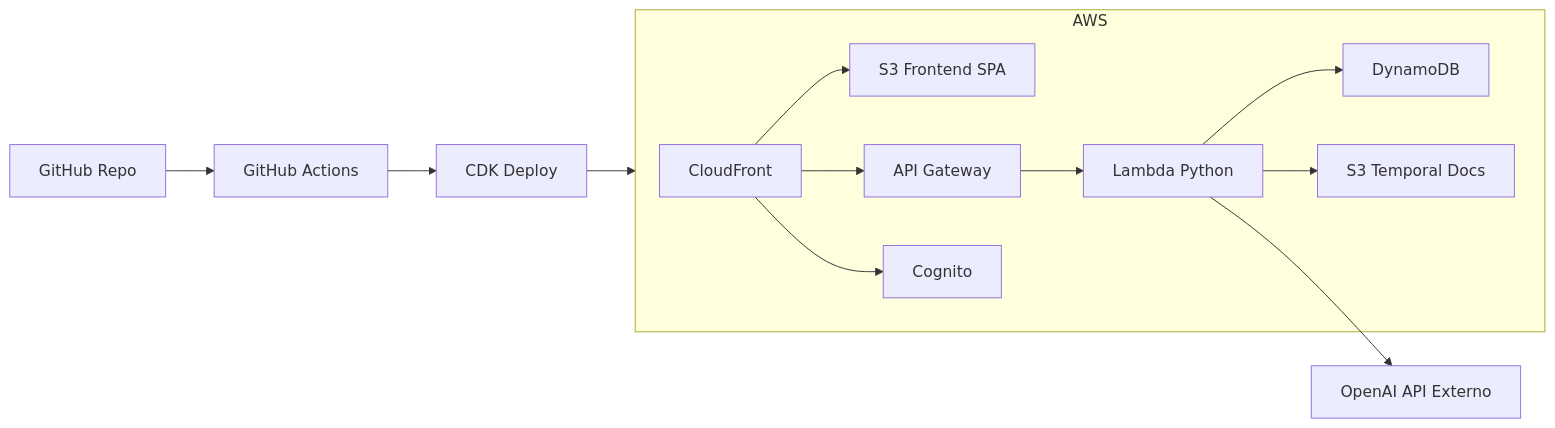
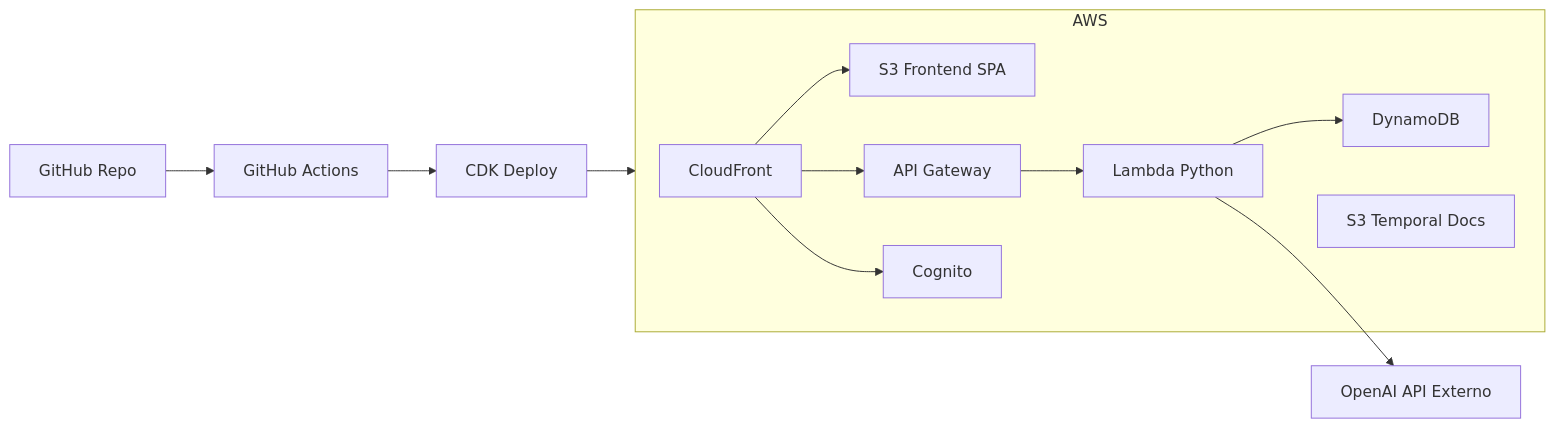
Before and after one commit to hdballestan/ISAIA_gupo1: the sixth of 7 diagrams in README.md, drawn with Mermaid. The commit also changed other lines of this file and 2 other files, not shown here.

````diff
--- a/README.md
+++ b/README.md
@@ -411,24 +406,23 @@
 ```mermaid
 flowchart LR
   GH[GitHub Repo] --> GHA[GitHub Actions]
   GHA --> CDK[CDK Deploy]
   CDK --> AWS[AWS Account]
 
   subgraph AWS
     CF[CloudFront]
     S3F[S3 Frontend SPA]
     APIGW[API Gateway]
     L[Lambda Python]
     DDB[DynamoDB]
     S3T[S3 Temporal Docs]
     COG[Cognito]
   end
 
   CF --> S3F
   CF --> APIGW
   APIGW --> L
   L --> DDB
-  L --> S3T
   L --> OAI[OpenAI API Externo]
   CF --> COG
 ```
````
